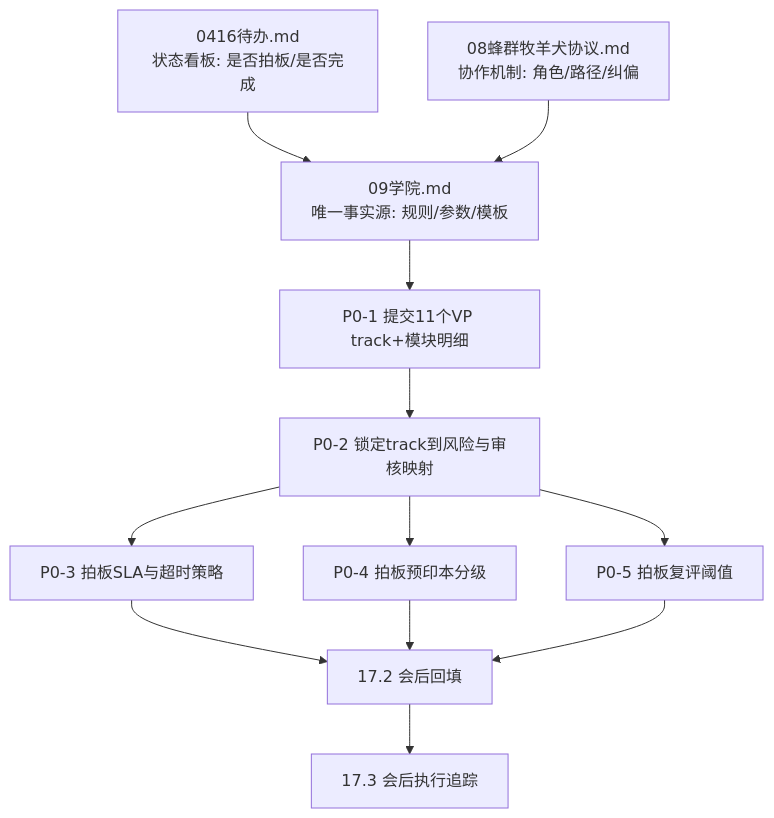
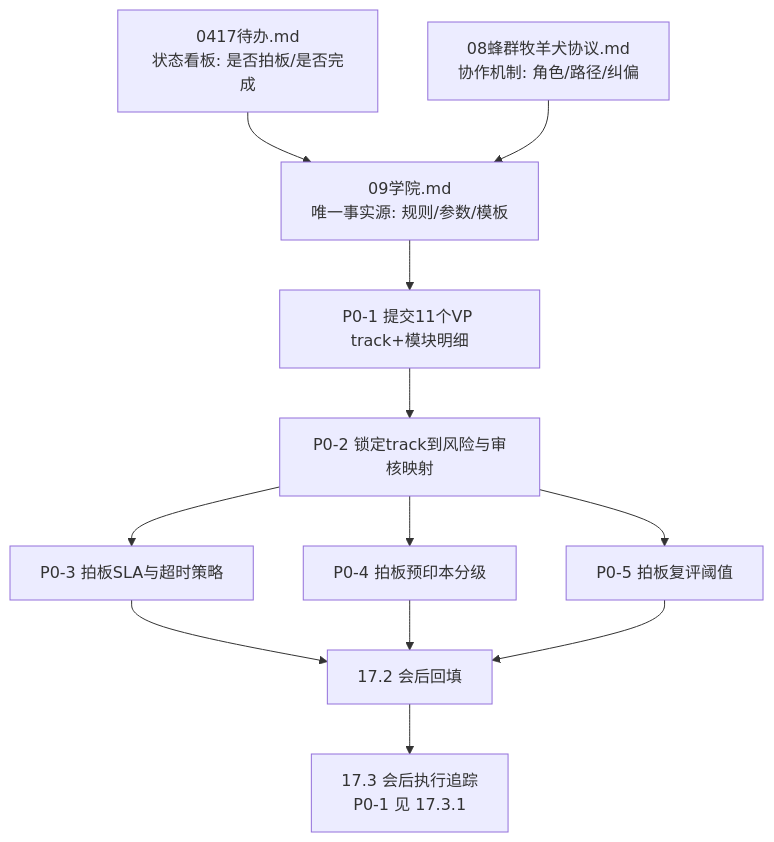
One commit to kailin58/Flow-harness-03 changed the diagram in meeting/0417待办.md. Above: the diagram before and after it, drawn with Mermaid. The commit also changed other lines of this file and 6 other files, not shown here.

````diff
--- a/meeting/0417待办.md
+++ b/meeting/0417待办.md
@@ -672,16 +755,16 @@
 ```mermaid
 flowchart TD
-    A[0416待办.md<br/>状态看板: 是否拍板/是否完成] --> B[09学院.md<br/>唯一事实源: 规则/参数/模板]
+    A[0417待办.md<br/>状态看板: 是否拍板/是否完成] --> B[09学院.md<br/>唯一事实源: 规则/参数/模板]
     C[08蜂群牧羊犬协议.md<br/>协作机制: 角色/路径/纠偏] --> B
 
     B --> D[P0-1 提交11个VP track+模块明细]
     D --> E[P0-2 锁定track到风险与审核映射]
     E --> F[P0-3 拍板SLA与超时策略]
     E --> G[P0-4 拍板预印本分级]
     E --> H[P0-5 拍板复评阈值]
 
     F --> I[17.2 会后回填]
     G --> I
     H --> I
-    I --> J[17.3 会后执行追踪]
+    I --> J[17.3 会后执行追踪<br/>P0-1 见 17.3.1]
 ```
````
